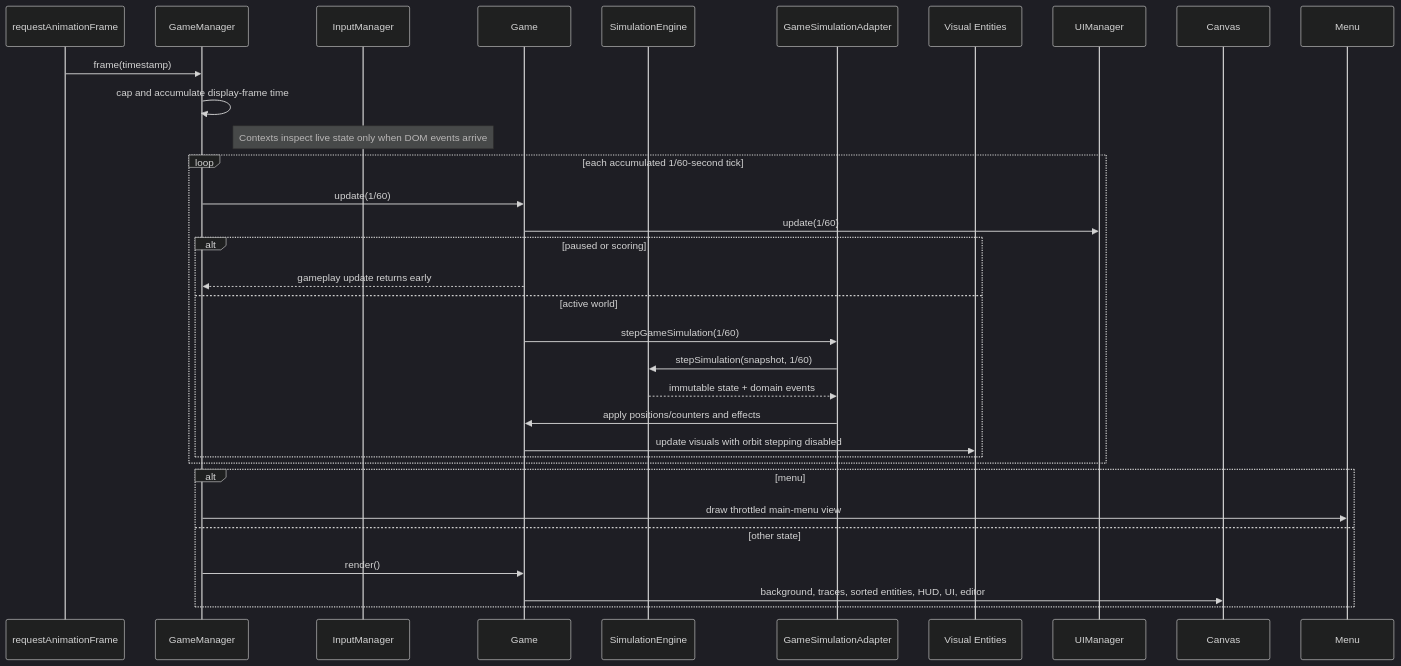
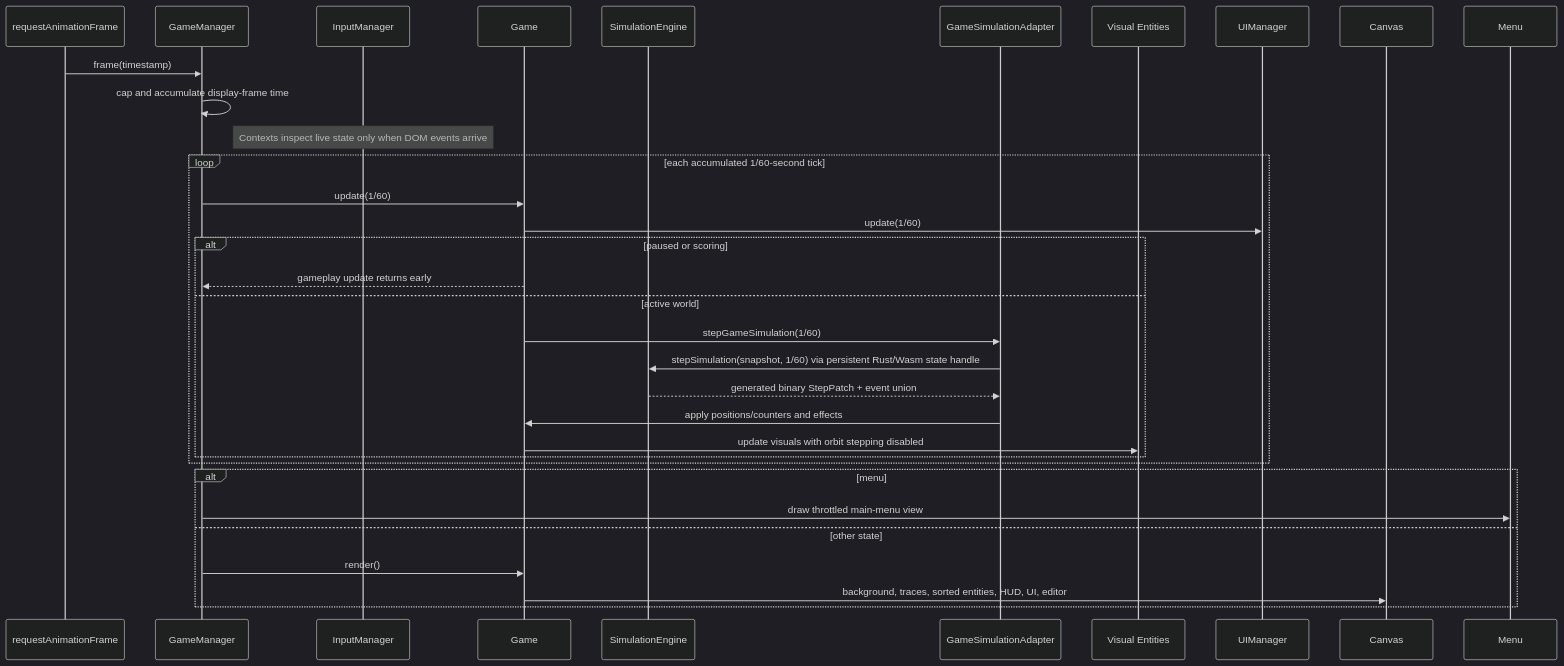
Before and after one commit to Newah1/SpacedPenguin: the fifth of 15 diagrams in ARCHITECTURE.md, drawn with Mermaid (dark theme). The commit also changed other lines of this file and 63 other files, not shown here.

````diff
--- a/ARCHITECTURE.md
+++ b/ARCHITECTURE.md
@@ -222,35 +224,35 @@
 ```mermaid
 sequenceDiagram
     participant RAF as requestAnimationFrame
     participant GM as GameManager
     participant IA as InputManager
     participant G as Game
     participant S as SimulationEngine
     participant A as GameSimulationAdapter
     participant E as Visual Entities
     participant UI as UIManager
     participant C as Canvas
 
     RAF->>GM: frame(timestamp)
     GM->>GM: cap and accumulate display-frame time
     Note over IA: Contexts inspect live state only when DOM events arrive
     loop each accumulated 1/60-second tick
         GM->>G: update(1/60)
         G->>UI: update(1/60)
         alt paused or scoring
             G-->>GM: gameplay update returns early
         else active world
             G->>A: stepGameSimulation(1/60)
-            A->>S: stepSimulation(snapshot, 1/60)
-            S-->>A: immutable state + domain events
+            A->>S: stepSimulation(snapshot, 1/60) via persistent Rust/Wasm state handle
+            S-->>A: generated binary StepPatch + event union
             A->>G: apply positions/counters and effects
             G->>E: update visuals with orbit stepping disabled
         end
     end
     alt menu
         GM->>Menu: draw throttled main-menu view
     else other state
         GM->>G: render()
         G->>C: background, traces, sorted entities, HUD, UI, editor
     end
 ```
````
